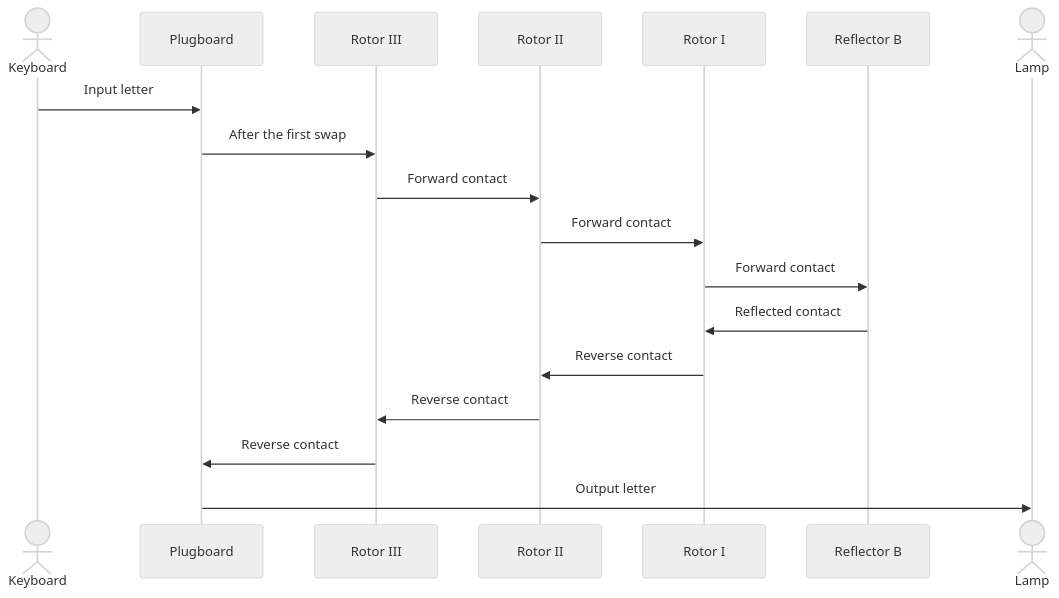
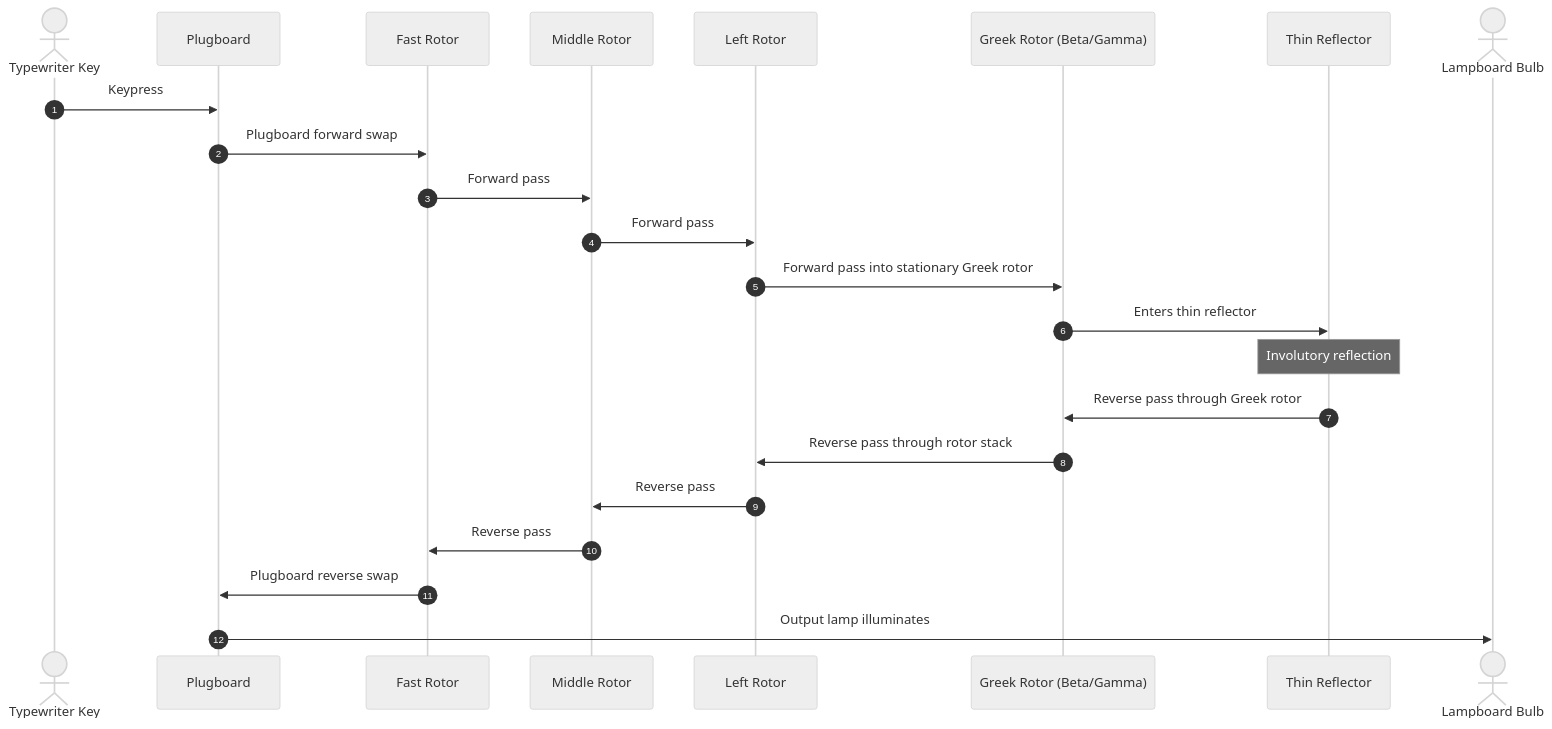
Before and after one commit to Ctrlm0nster/Enigma: the second of 2 diagrams in documentation/SignalFlow.md, drawn with Mermaid (neutral theme). The commit also changed other lines of this file and 30 other files, not shown here.

````diff
--- a/documentation/SignalFlow.md
+++ b/documentation/SignalFlow.md
@@ -11,21 +49,26 @@
 ```mermaid
 sequenceDiagram
-    actor Key as Keyboard
+    autonumber
+    actor Key as Typewriter Key
     participant P as Plugboard
-    participant III as Rotor III
-    participant II as Rotor II
-    participant I as Rotor I
-    participant B as Reflector B
-    actor Lamp
+    participant R3 as Fast Rotor
+    participant R2 as Middle Rotor
+    participant R1 as Left Rotor
+    participant Greek as Greek Rotor (Beta/Gamma)
+    participant UKW as Thin Reflector
+    actor Lamp as Lampboard Bulb
 
-    Key->>P: Input letter
-    P->>III: After the first swap
-    III->>II: Forward contact
-    II->>I: Forward contact
-    I->>B: Forward contact
-    B->>I: Reflected contact
-    I->>II: Reverse contact
-    II->>III: Reverse contact
-    III->>P: Reverse contact
-    P->>Lamp: Output letter
+    Key->>P: Keypress
+    P->>R3: Plugboard forward swap
+    R3->>R2: Forward pass
+    R2->>R1: Forward pass
+    R1->>Greek: Forward pass into stationary Greek rotor
+    Greek->>UKW: Enters thin reflector
+    Note over UKW: Involutory reflection
+    UKW->>Greek: Reverse pass through Greek rotor
+    Greek->>R1: Reverse pass through rotor stack
+    R1->>R2: Reverse pass
+    R2->>R3: Reverse pass
+    R3->>P: Plugboard reverse swap
+    P->>Lamp: Output lamp illuminates
 ```
````
